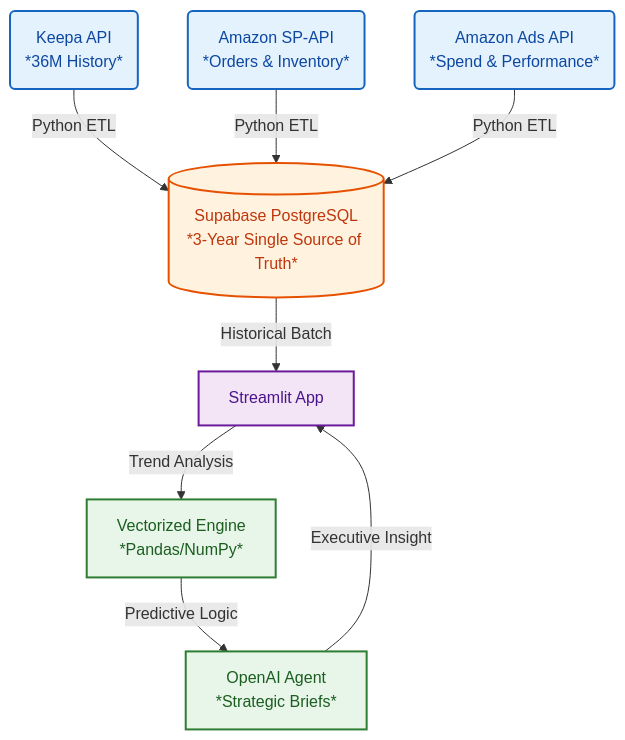
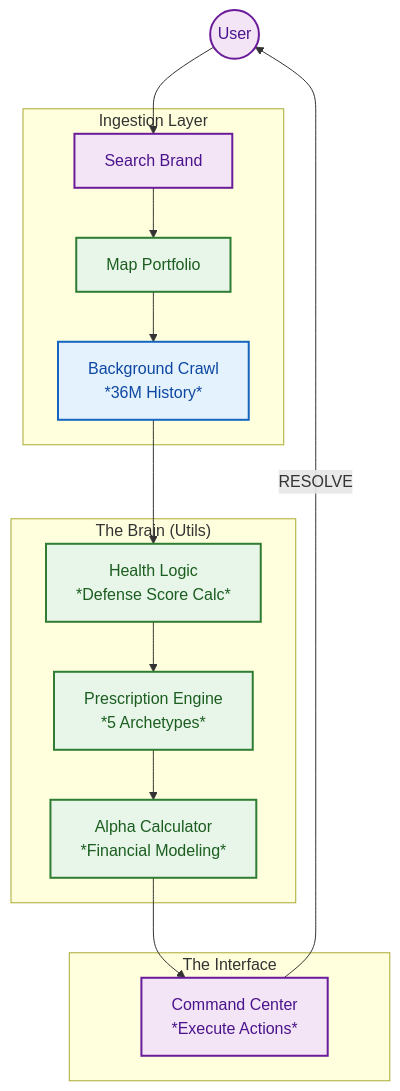
One commit to jshuck0/ShelfGuard changed the diagram in README.md. Above: the diagram before and after it, drawn with Mermaid. The commit also changed other lines of this file and 16 other files, not shown here.

````diff
--- a/README.md
+++ b/README.md
@@ -85,26 +76,36 @@
 ```mermaid
 graph TD
     %% --- STYLING ---
     classDef source fill:#e3f2fd,stroke:#1565c0,stroke-width:2px,color:#0d47a1;
     classDef process fill:#e8f5e9,stroke:#2e7d32,stroke-width:2px,color:#1b5e20;
-    classDef storage fill:#fff3e0,stroke:#e65100,stroke-width:2px,color:#bf360c;
     classDef ui fill:#f3e5f5,stroke:#6a1b9a,stroke-width:2px,color:#4a148c;
 
     %% --- NODES ---
-    K(Keepa API<br/>*36M History*):::source
-    SP(Amazon SP-API<br/>*Orders & Inventory*):::source
-    AD(Amazon Ads API<br/>*Spend & Performance*):::source
+    USER((User)):::ui
+    
+    subgraph "Ingestion Layer"
+        SEARCH[Search Brand]:::ui
+        MAP[Map Portfolio]:::process
+        CRAWL[Background Crawl<br/>*36M History*]:::source
+    end
 
-    DB[(Supabase PostgreSQL<br/>*3-Year Single Source of Truth*)]:::storage
+    subgraph "The Brain (Utils)"
+        LOGIC[Health Logic<br/>*Defense Score Calc*]:::process
+        PRES[Prescription Engine<br/>*5 Archetypes*]:::process
+        ALPHA[Alpha Calculator<br/>*Financial Modeling*]:::process
+    end
 
-    ST[Streamlit App]:::ui
-    ENG[Vectorized Engine<br/>*Pandas/NumPy*]:::process
-    AI[OpenAI Agent<br/>*Strategic Briefs*]:::process
+    subgraph "The Interface"
+        CMD[Command Center<br/>*Execute Actions*]:::ui
+    end
 
     %% --- FLOWS ---
-    K & SP & AD -->|Python ETL| DB
-    DB -->|Historical Batch| ST
-    ST -->|Trend Analysis| ENG
-    ENG -->|Predictive Logic| AI
-    AI -->|Executive Insight| ST
+    USER --> SEARCH
+    SEARCH --> MAP
+    MAP --> CRAWL
+    CRAWL --> LOGIC
+    LOGIC --> PRES
+    PRES --> ALPHA
+    ALPHA --> CMD
+    CMD -->|RESOLVE| USER
 ```
````
